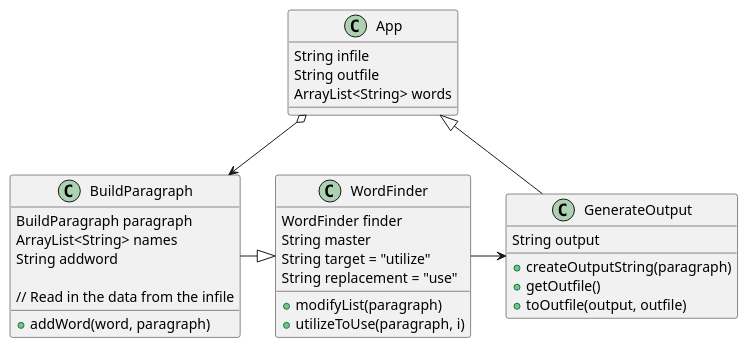
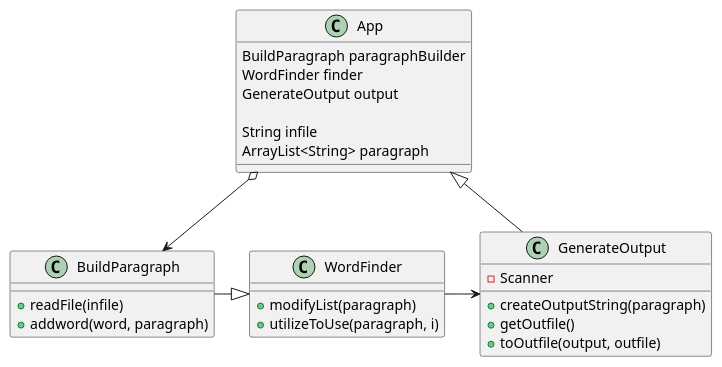
One commit to savosburn/osburn-cop3330-assignment3 changed the diagram in src/main/java/oop/assignment3/ex45/assignment3_ex45_diagram.puml. Above: the diagram before and after it, drawn with PlantUML.

Commit message:
plant uml

```diff
--- a/src/main/java/oop/assignment3/ex45/assignment3_ex45_diagram.puml
+++ b/src/main/java/oop/assignment3/ex45/assignment3_ex45_diagram.puml
@@ -1,41 +1,34 @@
 @startuml
 class App{
+    BuildParagraph paragraphBuilder
+    WordFinder finder
+    GenerateOutput output
+
     String infile
-    String outfile
-    ArrayList<String> words
+    ArrayList<String> paragraph
 }
 
 class BuildParagraph {
-    BuildParagraph paragraph
-    ArrayList<String> names
-    String addword
-
-    // Read in the data from the infile
-
-    + addWord(word, paragraph)
+    + readFile(infile)
+    + addword(word, paragraph)
 }
 
 class WordFinder{
-    WordFinder finder
-    String master
-    String target = "utilize"
-    String replacement = "use"
-
     + modifyList(paragraph)
     + utilizeToUse(paragraph, i)
 }
 
 class GenerateOutput{
-    String output
+    - Scanner
 
     + createOutputString(paragraph)
     + getOutfile()
     + toOutfile(output, outfile)
 }
 
 App o--> BuildParagraph
 BuildParagraph -|> WordFinder
 WordFinder -> GenerateOutput
 App <|- GenerateOutput
 
 @enduml
```
